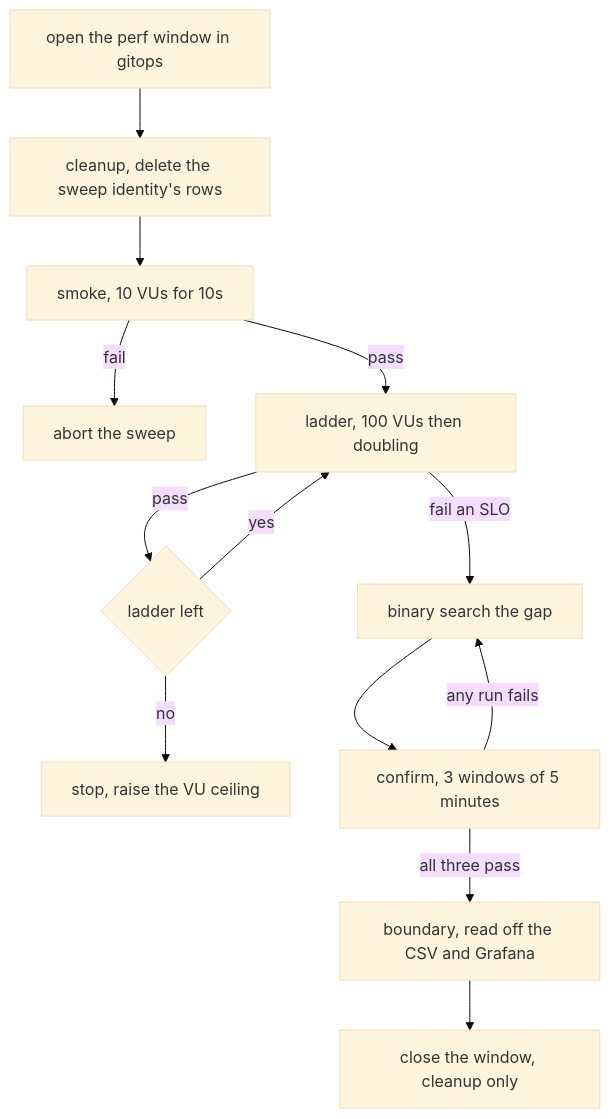
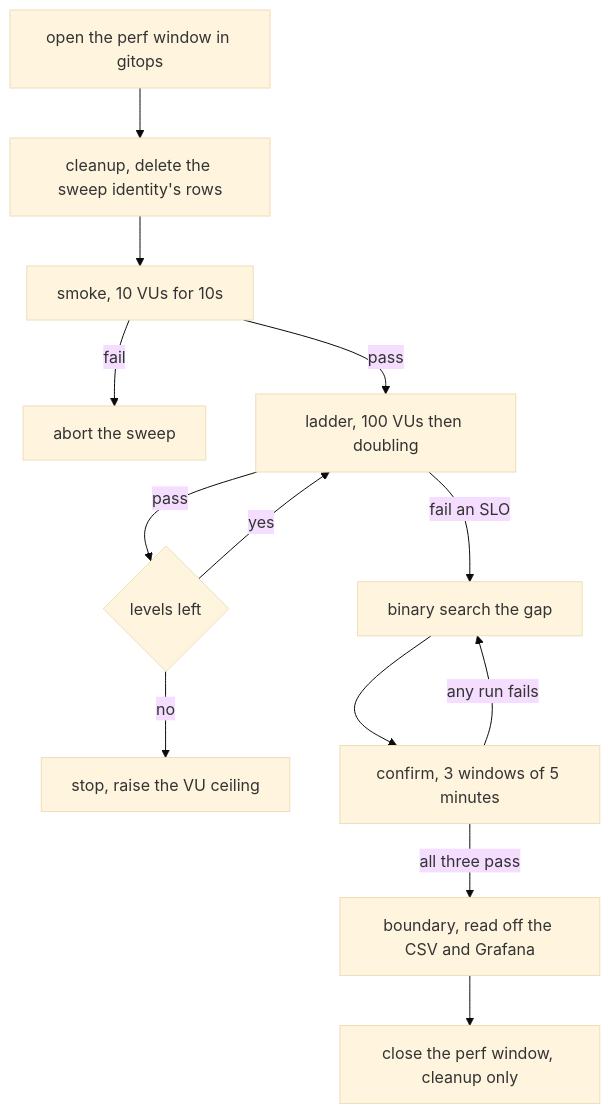
The diagram in frontend/src/content/blogs/sre-toolkit-upgrade.md (notseekeru/portfolio_website), drawn with Mermaid (base theme) before and after one commit. The commit also changed other lines of this file, not shown here.

Commit message:
docs(blog): use levels between ladder steps

````diff
--- a/frontend/src/content/blogs/sre-toolkit-upgrade.md
+++ b/frontend/src/content/blogs/sre-toolkit-upgrade.md
@@ -59,15 +61,15 @@
 ```mermaid
 graph TD
     O["open the perf window in gitops"] --> CL["cleanup, delete the sweep identity's rows"]
     CL --> SM["smoke, 10 VUs for 10s"]
     SM -->|fail| AB["abort the sweep"]
     SM -->|pass| LAD["ladder, 100 VUs then doubling"]
-    LAD -->|pass| UP{"ladder left"}
+    LAD -->|pass| UP{"levels left"}
     UP -->|yes| LAD
     UP -->|no| ST["stop, raise the VU ceiling"]
     LAD -->|fail an SLO| SRCH["binary search the gap"]
     SRCH --> CON["confirm, 3 windows of 5 minutes"]
     CON -->|all three pass| BND["boundary, read off the CSV and Grafana"]
     CON -->|any run fails| SRCH
-    BND --> CW["close the window, cleanup only"]
+    BND --> CW["close the perf window, cleanup only"]
 ```
````
